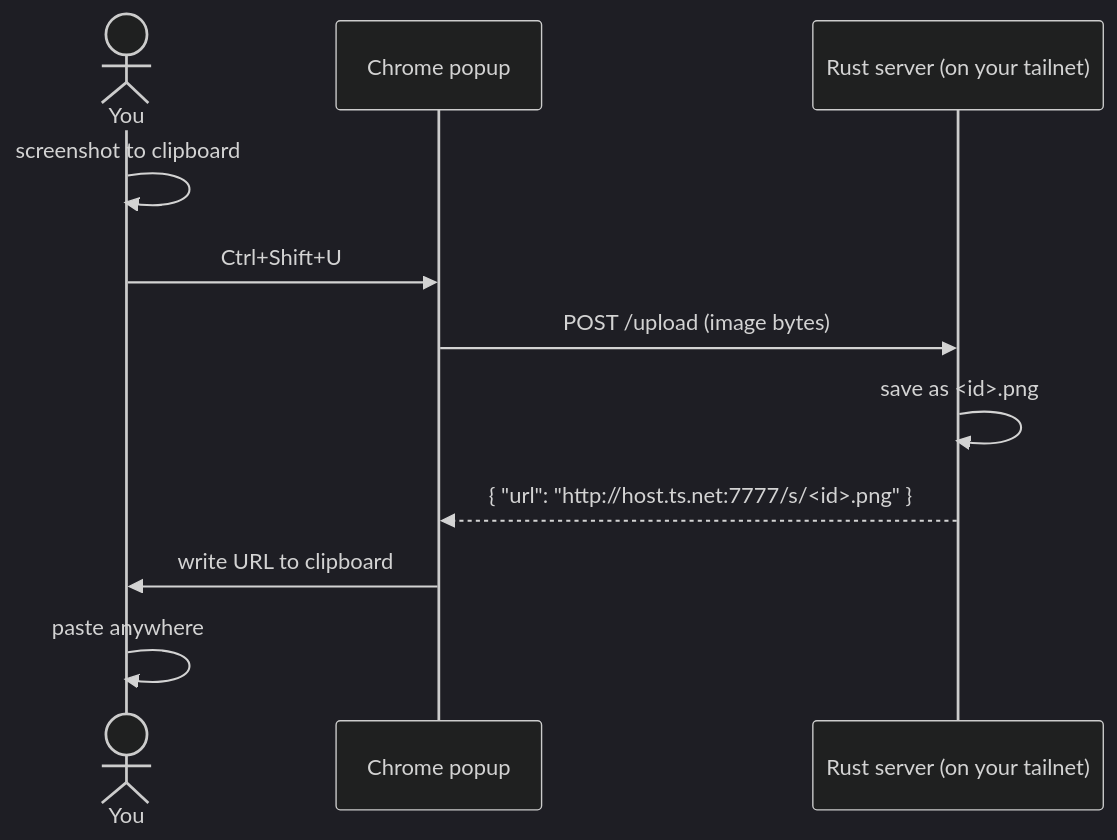
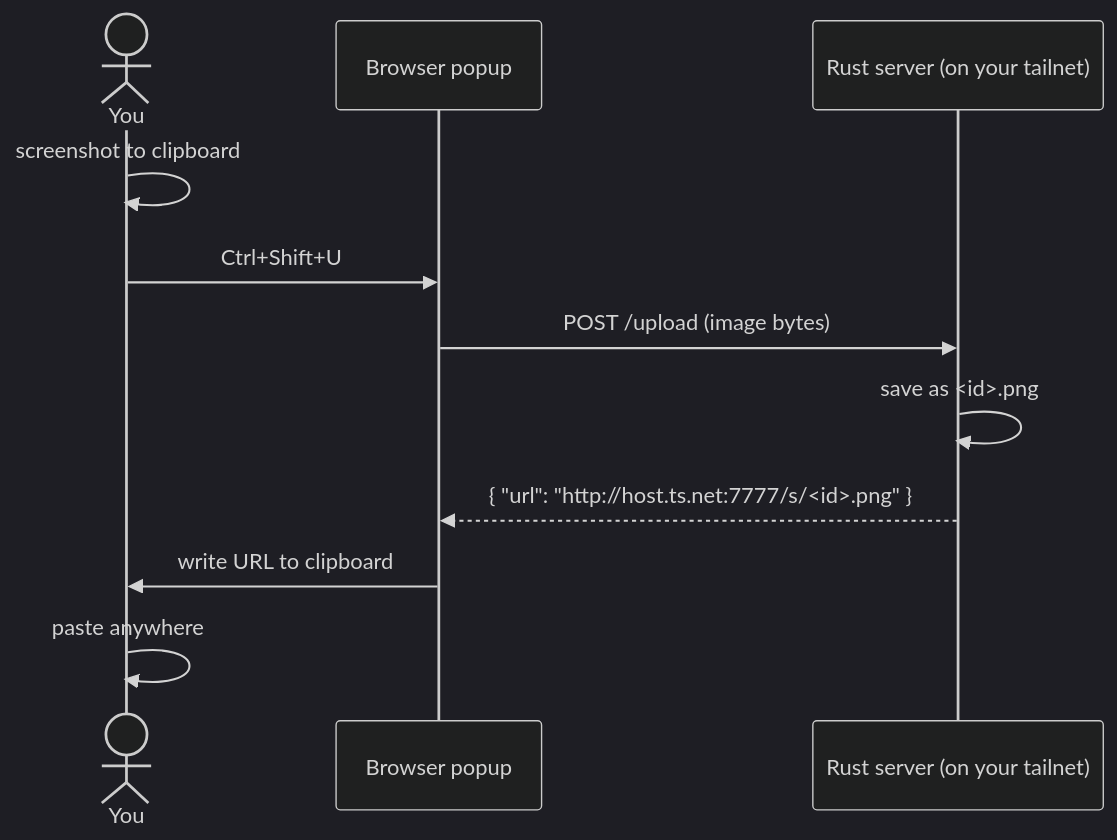
Before and after one commit to OlegHQ/tailscale-screenshot: the diagram in README.md, drawn with Mermaid (dark theme). The commit also changed other lines of this file and 13 other files, not shown here.

````diff
--- a/README.md
+++ b/README.md
@@ -13,13 +13,13 @@
 ```mermaid
 sequenceDiagram
     actor You
-    participant Ext as Chrome popup
+    participant Ext as Browser popup
     participant Srv as Rust server (on your tailnet)
     You->>You: screenshot to clipboard
     You->>Ext: Ctrl+Shift+U
     Ext->>Srv: POST /upload (image bytes)
     Srv->>Srv: save as <id>.png
     Srv-->>Ext: { "url": "http://host.ts.net:7777/s/<id>.png" }
     Ext->>You: write URL to clipboard
     You->>You: paste anywhere
 ```
````
